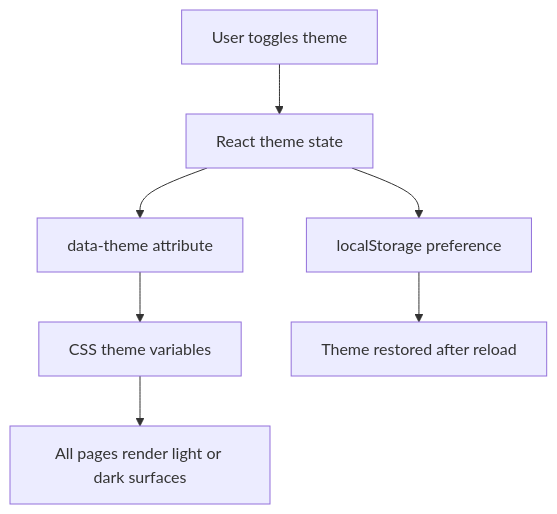
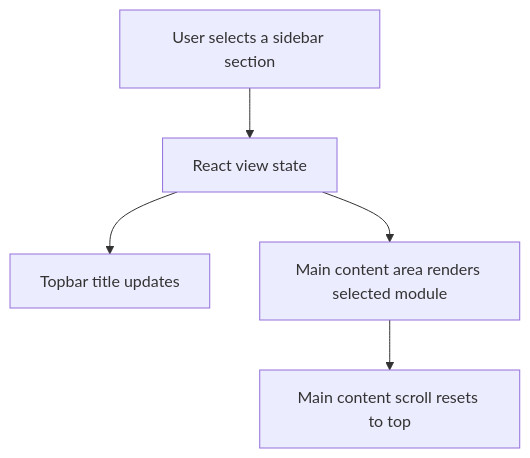
Diagram 12 of 13 in aria-app/SYSTEM_WORKFLOWS.md (akhilmadhuklkl/aria-major-project), drawn with Mermaid before and after one commit. The commit also changed other lines of this file and 5 other files, not shown here.

````diff
--- a/aria-app/SYSTEM_WORKFLOWS.md
+++ b/aria-app/SYSTEM_WORKFLOWS.md
@@ -307,9 +307,7 @@
 ```mermaid
 flowchart TD
-  A["User toggles theme"] --> B["React theme state"]
-  B --> C["data-theme attribute"]
-  C --> D["CSS theme variables"]
-  D --> E["All pages render light or dark surfaces"]
-  B --> F["localStorage preference"]
-  F --> G["Theme restored after reload"]
+  A["User selects a sidebar section"] --> B["React view state"]
+  B --> C["Topbar title updates"]
+  B --> D["Main content area renders selected module"]
+  D --> E["Main content scroll resets to top"]
 ```
````
